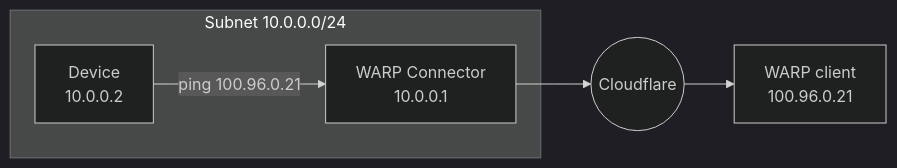
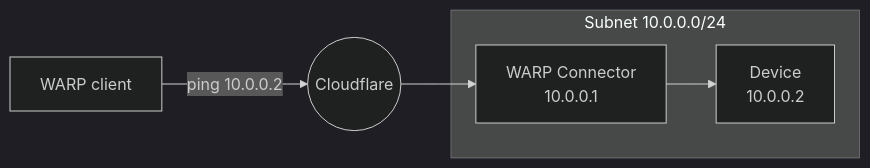
Before and after one commit to cloudflare/cloudflare-docs: the second of 2 diagrams in src/content/docs/cloudflare-one/connections/connect-networks/private-net/warp-connector/user-to-site.mdx, drawn with Mermaid (dark theme). The commit also changed other lines of this file and 4 other files, not shown here.

````diff
--- a/src/content/docs/cloudflare-one/connections/connect-networks/private-net/warp-connector/user-to-site.mdx
+++ b/src/content/docs/cloudflare-one/connections/connect-networks/private-net/warp-connector/user-to-site.mdx
@@ -105,10 +105,11 @@
 ```mermaid
     flowchart LR
       subgraph subnet1[Subnet 10.0.0.0/24]
-        device1["Device
-        10.0.0.2"]--ping 100.96.0.21-->router1["WARP Connector
+				router1["WARP Connector
+        10.0.0.1"]--> device1["Device
+        10.0.0.2"]
+      router1["WARP Connector
         10.0.0.1"]
       end
-      router1-->C((Cloudflare))-->W["WARP client
-				100.96.0.21"]
+      W[WARP client]--ping 10.0.0.2 -->C((Cloudflare))-->router1
 ```
````
